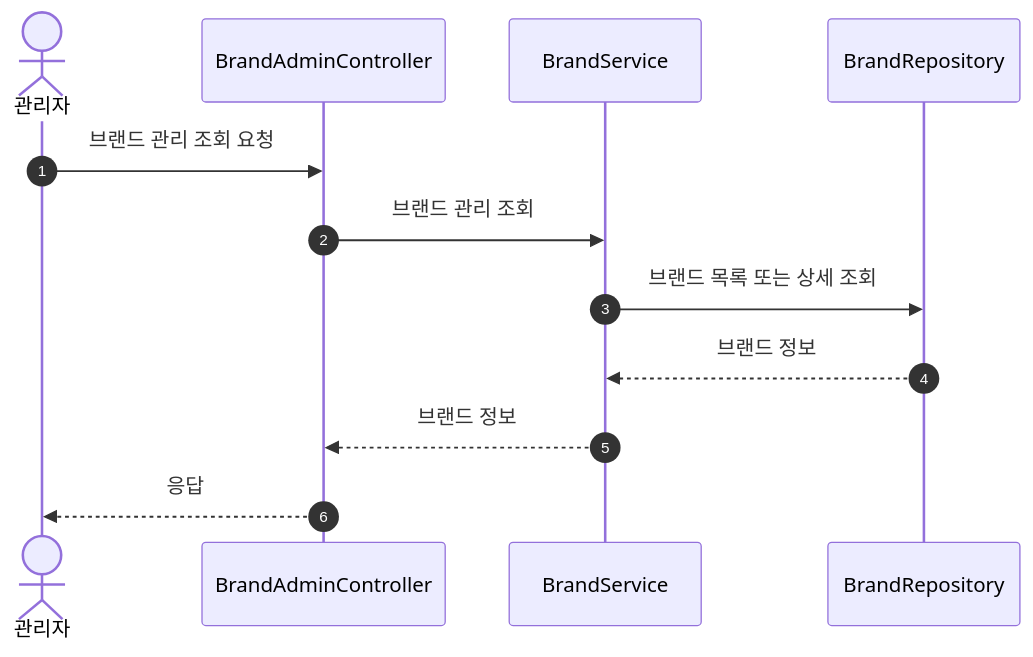
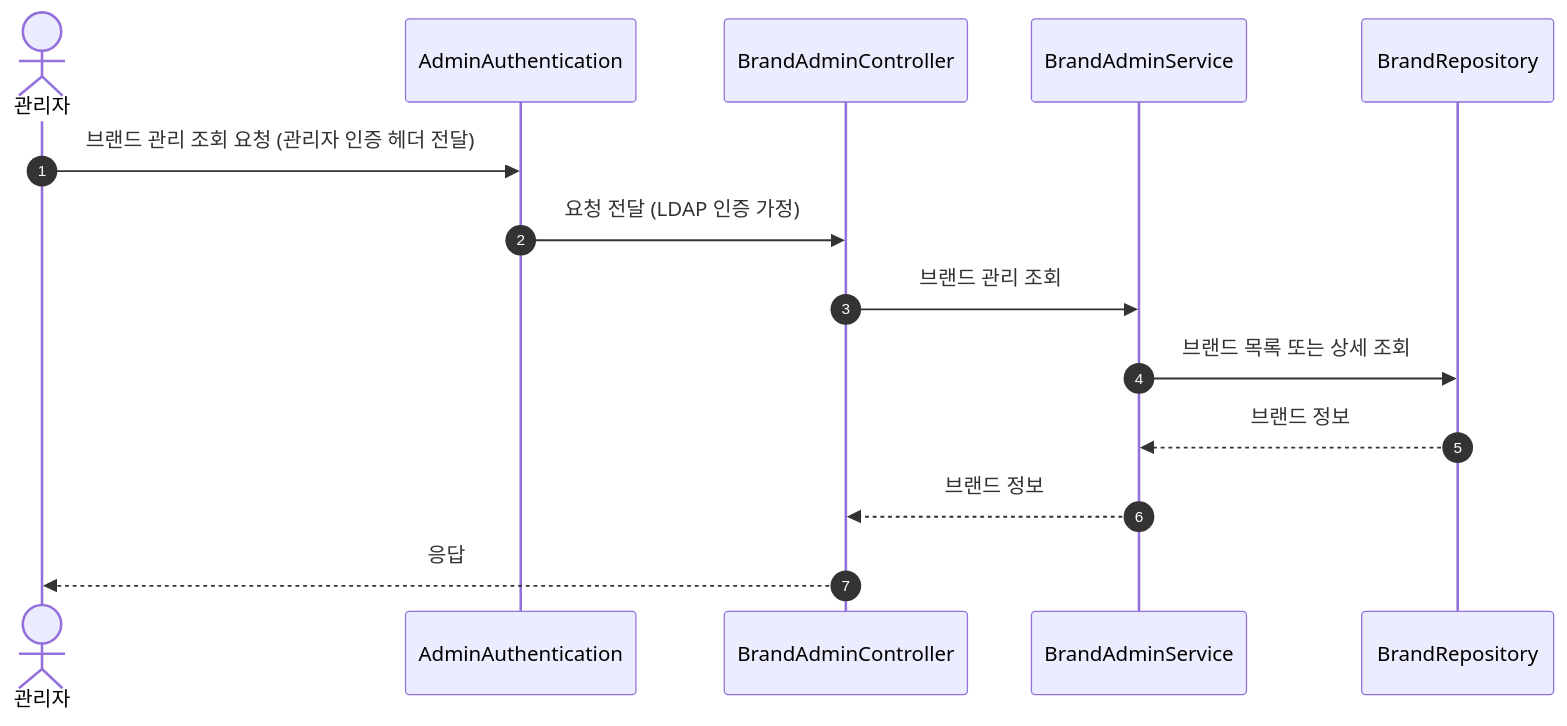
One commit to loopers-labs/loop-pack-be-l2-vol4-java changed the fifth of 17 diagrams in docs/week2/02-sequence-diagrams.md. Above: the diagram before and after it, drawn with Mermaid. The commit also changed other lines of this file and 3 other files, not shown here.

````diff
--- a/docs/week2/02-sequence-diagrams.md
+++ b/docs/week2/02-sequence-diagrams.md
@@ -118,15 +118,17 @@
 ```mermaid
 sequenceDiagram
     autonumber
     actor Admin as 관리자
+    participant Auth as AdminAuthentication
     participant Controller as BrandAdminController
-    participant Service as BrandService
+    participant Service as BrandAdminService
     participant Repository as BrandRepository
 
-    Admin->>Controller: 브랜드 관리 조회 요청
+    Admin->>Auth: 브랜드 관리 조회 요청 (관리자 인증 헤더 전달)
+    Auth->>Controller: 요청 전달 (LDAP 인증 가정)
     Controller->>Service: 브랜드 관리 조회
     Service->>Repository: 브랜드 목록 또는 상세 조회
     Repository-->>Service: 브랜드 정보
     Service-->>Controller: 브랜드 정보
     Controller-->>Admin: 응답
 ```
````
